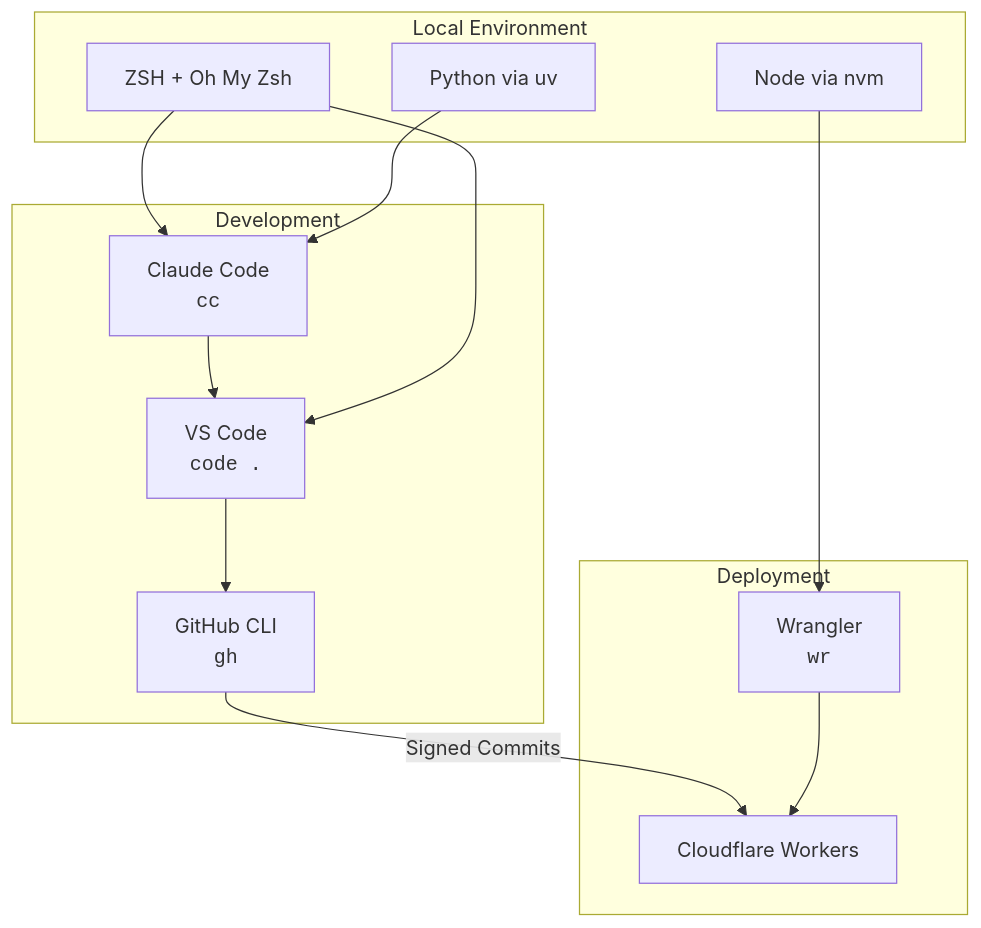
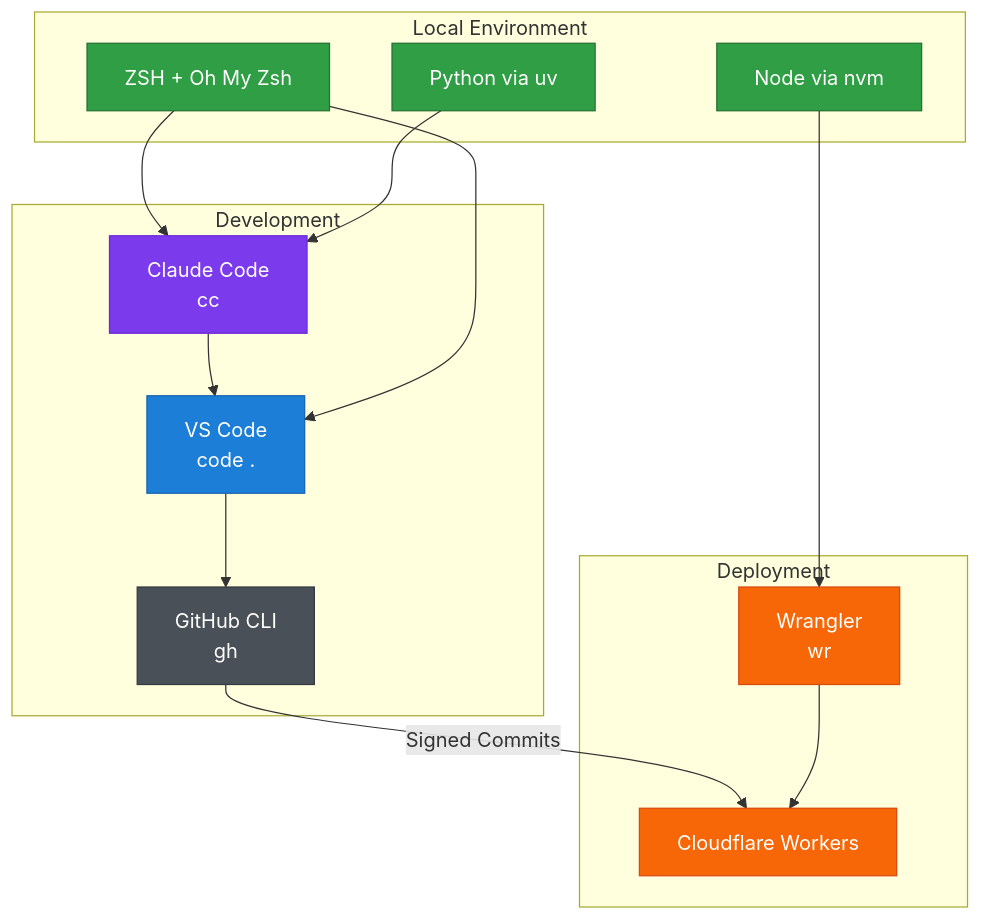
The fifth of 5 diagrams in README.md (jamesfdavis/dotfiles), drawn with Mermaid before and after one commit. The commit also changed other lines of this file, not shown here.

Commit message:
Refactor styles in README.md for better clarity
Updated styles for various elements in the README.

````diff
--- a/README.md
+++ b/README.md
@@ -312,29 +315,38 @@
 ```mermaid
 flowchart TB
     subgraph Development
-        CC[Claude Code<br/><code>cc</code>]
-        VS[VS Code<br/><code>code .</code>]
-        GH[GitHub CLI<br/><code>gh</code>]
+        CC[Claude Code<br/>cc]
+        VS[VS Code<br/>code .]
+        GH[GitHub CLI<br/>gh]
     end
     
     subgraph Deployment
-        WR[Wrangler<br/><code>wr</code>]
+        WR[Wrangler<br/>wr]
         CF[Cloudflare Workers]
     end
     
     subgraph Local Environment
         ZSH[ZSH + Oh My Zsh]
         NVM[Node via nvm]
         UV[Python via uv]
     end
     
     CC --> VS
     VS --> GH
     GH -->|Signed Commits| CF
     WR --> CF
     
     ZSH --> CC
     ZSH --> VS
     NVM --> WR
     UV --> CC
+    
+    style CC fill:#7c3aed,color:#fff,stroke:#6d28d9
+    style VS fill:#1c7ed6,color:#fff,stroke:#1864ab
+    style GH fill:#495057,color:#fff,stroke:#343a40
+    style WR fill:#f76707,color:#fff,stroke:#d9480f
+    style CF fill:#f76707,color:#fff,stroke:#d9480f
+    style ZSH fill:#2f9e44,color:#fff,stroke:#237032
+    style NVM fill:#2f9e44,color:#fff,stroke:#237032
+    style UV fill:#2f9e44,color:#fff,stroke:#237032
 ```
````
